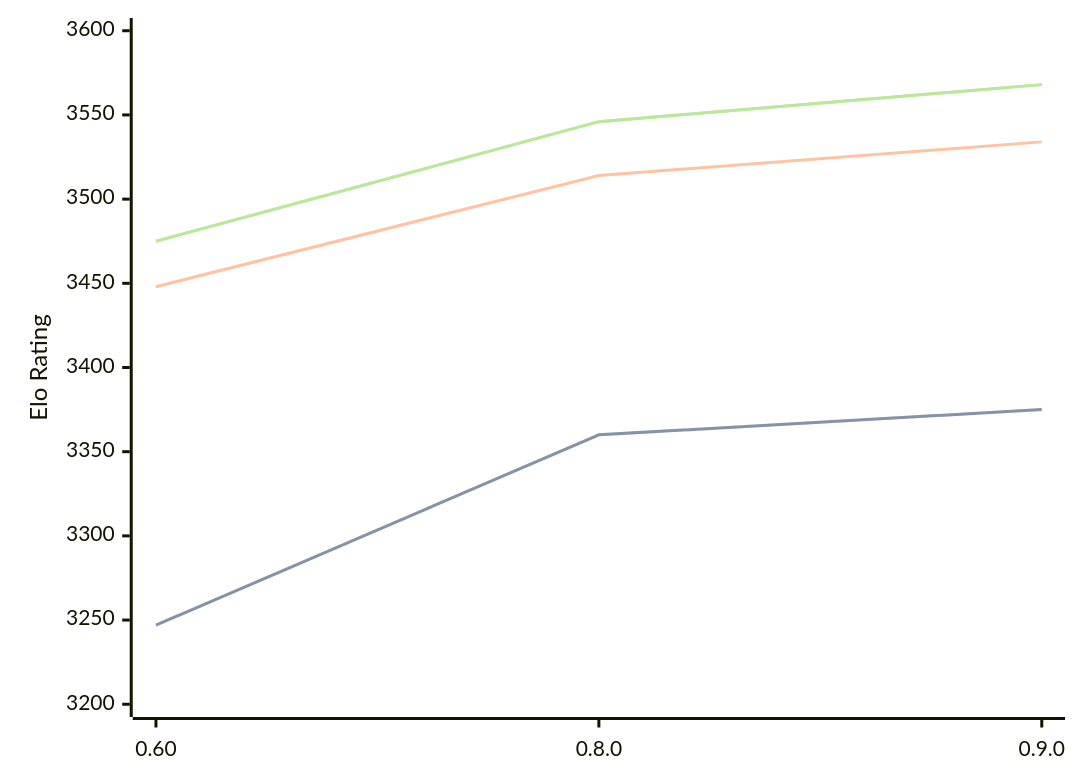
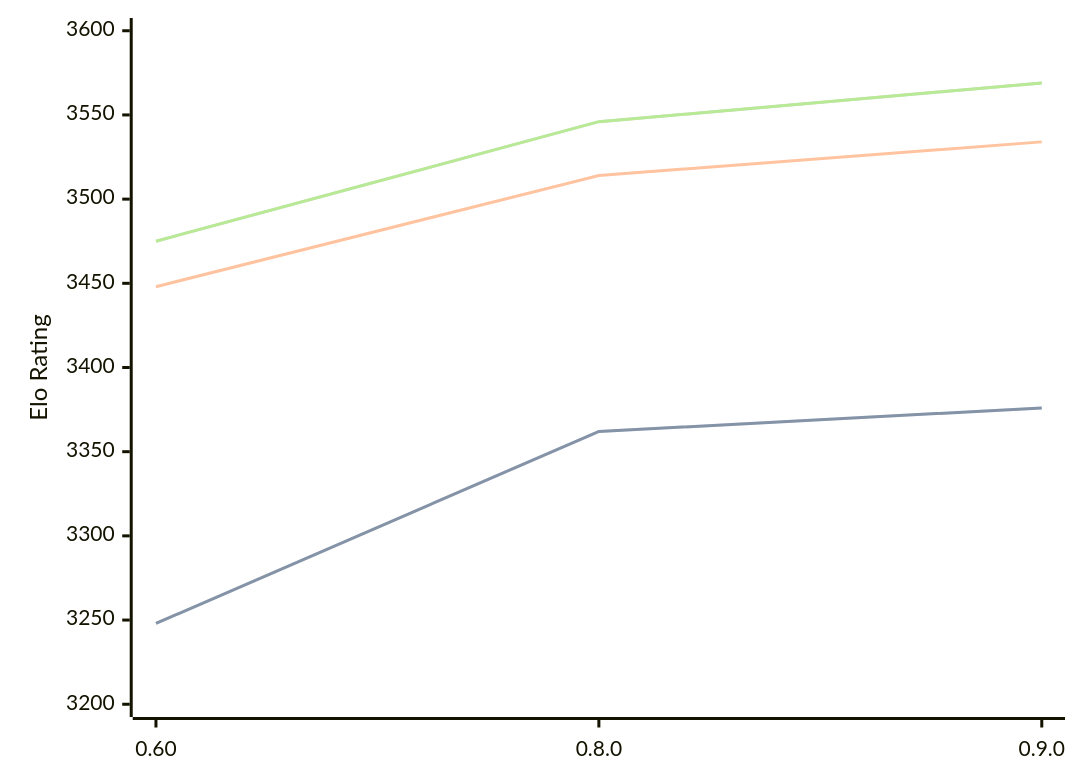
The diagram in engines/Motor.md (computer-chess-index/cci), drawn with Mermaid before and after one commit. The commit also changed other lines of this file, not shown here.

Commit message:
Update CCI Ratings (ELO VLTC) - 2026-04-19

````diff
--- a/engines/Motor.md
+++ b/engines/Motor.md
@@ -39,11 +39,11 @@
 ```mermaid
 %%{init: {"theme":"base","themeVariables":{"seriesColors:['#a3a3a3','#222221','#faa371']}}}%%
 xychart-beta
   x-axis ["0.60", "0.8.0", "0.9.0"]
   y-axis "Elo Rating" 3200 --> 3600
-  line "STC (8.0+0.08s)" [3247, 3360, 3375]
-  line "STC (8.0+0.08s)" [3247, 3360, 3375]
+  line "STC (8.0+0.08s)" [3248, 3362, 3376]
+  line "STC (8.0+0.08s)" [3248, 3362, 3376]
   line "LTC (60.0+0.60s)" [3448, 3514, 3534]
-  line "VLTC (2m24s+1.12s)" [3475, 3546, 3568]
-  line "VLTC (2m24s+1.12s)" [3475, 3546, 3568]
+  line "VLTC (2m24s+1.12s)" [3475, 3546, 3569]
+  line "VLTC (2m24s+1.12s)" [3475, 3546, 3569]
 ```
````
